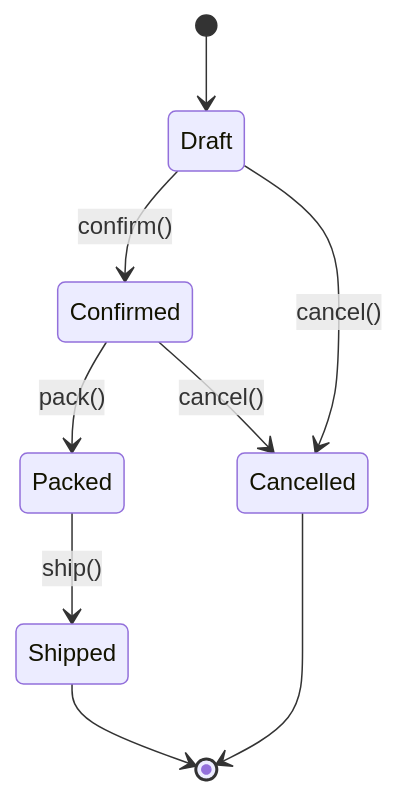
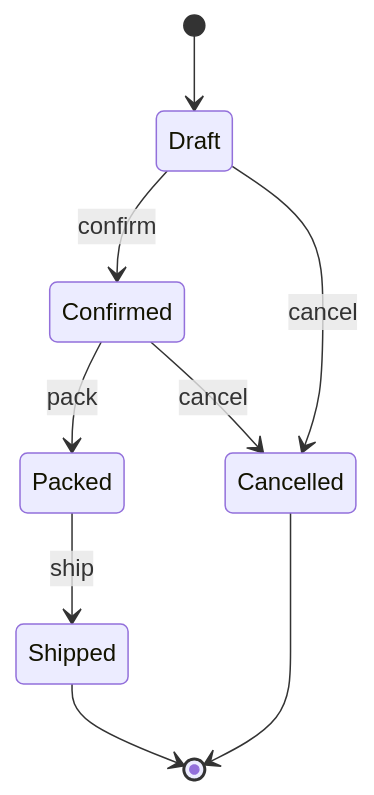
The diagram in _posts/2026-11-05-java-pattern-state-workflow-lifecycle-part-1.md (sandeepbhardwaj/sandeepbhardwaj.github.io), drawn with Mermaid before and after one commit. The commit also changed 85 other files, not shown here.

Commit message:
mermaid flow chart fixes

````diff
--- a/_posts/2026-11-05-java-pattern-state-workflow-lifecycle-part-1.md
+++ b/_posts/2026-11-05-java-pattern-state-workflow-lifecycle-part-1.md
@@ -100,11 +100,11 @@
 ```mermaid
 stateDiagram-v2
     [*] --> Draft
-    Draft --> Confirmed: confirm()
-    Draft --> Cancelled: cancel()
-    Confirmed --> Packed: pack()
-    Confirmed --> Cancelled: cancel()
-    Packed --> Shipped: ship()
+    Draft --> Confirmed: confirm
+    Draft --> Cancelled: cancel
+    Confirmed --> Packed: pack
+    Confirmed --> Cancelled: cancel
+    Packed --> Shipped: ship
     Shipped --> [*]
     Cancelled --> [*]
 ```
````
